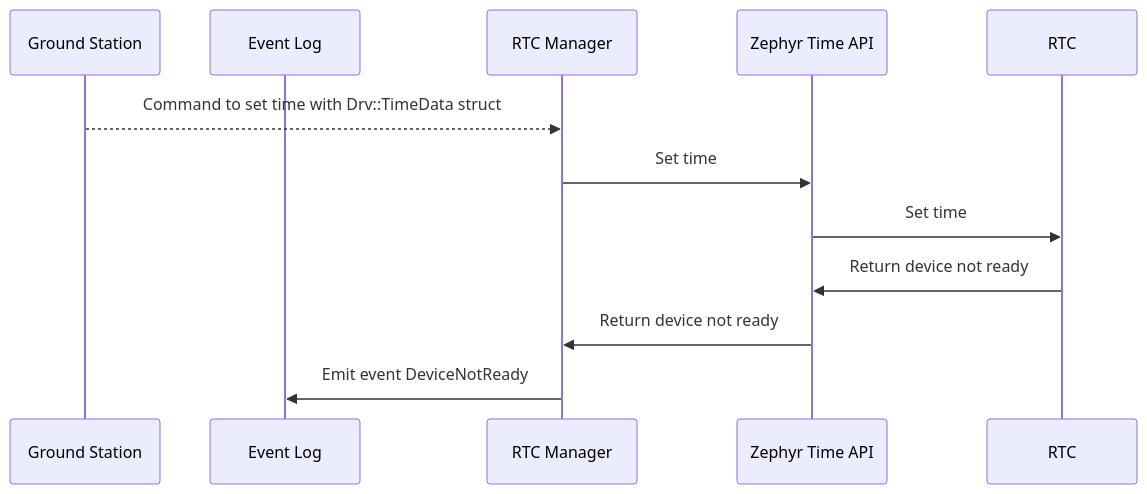
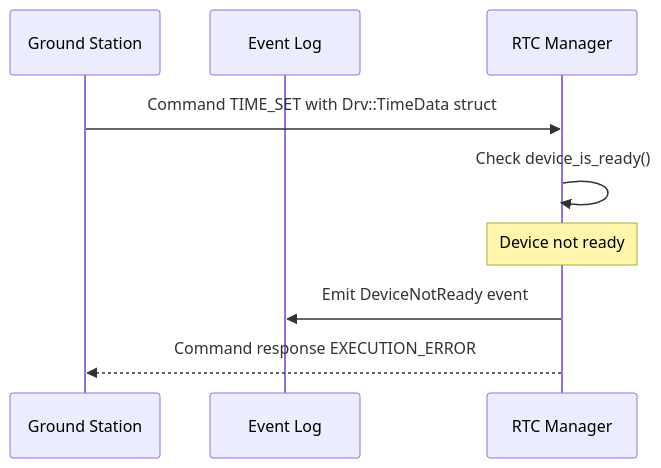
Before and after one commit to Open-Source-Space-Foundation/proves-core-reference: the sixth of 7 diagrams in FprimeZephyrReference/Components/Drv/RtcManager/docs/sdd.md, drawn with Mermaid. The commit also changed other lines of this file, not shown here.

````diff
--- a/FprimeZephyrReference/Components/Drv/RtcManager/docs/sdd.md
+++ b/FprimeZephyrReference/Components/Drv/RtcManager/docs/sdd.md
@@ -134,14 +175,11 @@
 ```mermaid
 sequenceDiagram
     participant Ground Station
     participant Event Log
     participant RTC Manager
-    participant Zephyr Time API
-    participant RTC
-    Ground Station-->>RTC Manager: Command to set time with Drv::TimeData struct
-    RTC Manager->>Zephyr Time API: Set time
-    Zephyr Time API->>RTC: Set time
-    RTC->>Zephyr Time API: Return device not ready
-    Zephyr Time API->>RTC Manager: Return device not ready
-    RTC Manager->>Event Log: Emit event DeviceNotReady
+    Ground Station->>RTC Manager: Command TIME_SET with Drv::TimeData struct
+    RTC Manager->>RTC Manager: Check device_is_ready()
+    Note over RTC Manager: Device not ready
+    RTC Manager->>Event Log: Emit DeviceNotReady event
+    RTC Manager-->>Ground Station: Command response EXECUTION_ERROR
 ```
````
